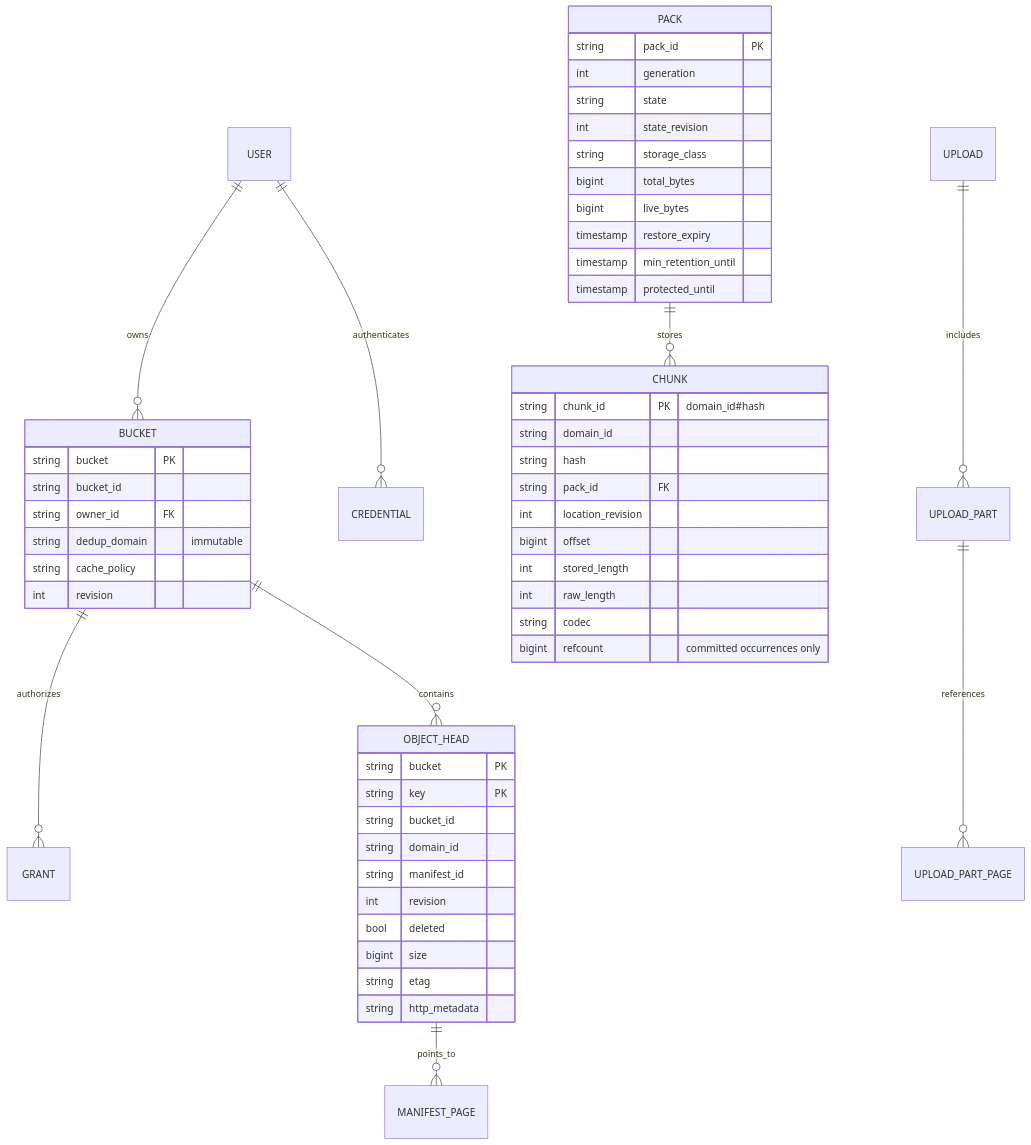
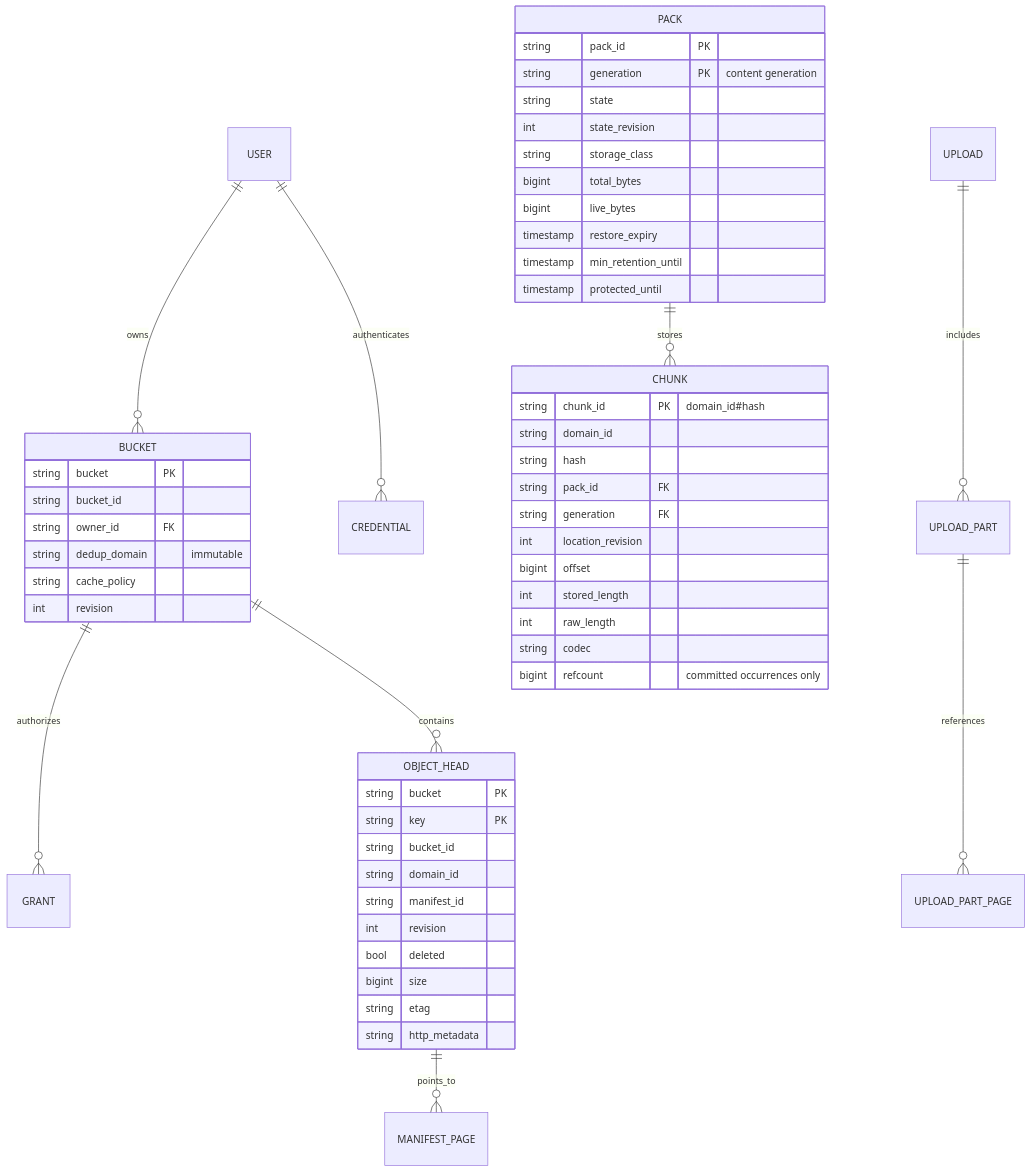
The eighth of 12 diagrams in docs/dedup-storage-gateway-architecture.md (KinasTomes/miles), drawn with Mermaid before and after one commit. The commit also changed other lines of this file and 4 other files, not shown here.

````diff
--- a/docs/dedup-storage-gateway-architecture.md
+++ b/docs/dedup-storage-gateway-architecture.md
@@ -523,55 +523,56 @@
 ```mermaid
 erDiagram
     USER ||--o{ BUCKET : owns
     USER ||--o{ CREDENTIAL : authenticates
     BUCKET ||--o{ GRANT : authorizes
     BUCKET ||--o{ OBJECT_HEAD : contains
     OBJECT_HEAD ||--o{ MANIFEST_PAGE : points_to
     PACK ||--o{ CHUNK : stores
     UPLOAD ||--o{ UPLOAD_PART : includes
     UPLOAD_PART ||--o{ UPLOAD_PART_PAGE : references
     BUCKET {
         string bucket PK
         string bucket_id
         string owner_id FK
         string dedup_domain "immutable"
         string cache_policy
         int revision
     }
     CHUNK {
         string chunk_id PK "domain_id#hash"
         string domain_id
         string hash
         string pack_id FK
+        string generation FK
         int location_revision
         bigint offset
         int stored_length
         int raw_length
         string codec
         bigint refcount "committed occurrences only"
     }
     OBJECT_HEAD {
         string bucket PK
         string key PK
         string bucket_id
         string domain_id
         string manifest_id
         int revision
         bool deleted
         bigint size
         string etag
         string http_metadata
     }
     PACK {
         string pack_id PK
-        int generation
+        string generation PK "content generation"
         string state
         int state_revision
         string storage_class
         bigint total_bytes
         bigint live_bytes
         timestamp restore_expiry
         timestamp min_retention_until
         timestamp protected_until
     }
 ```
````
